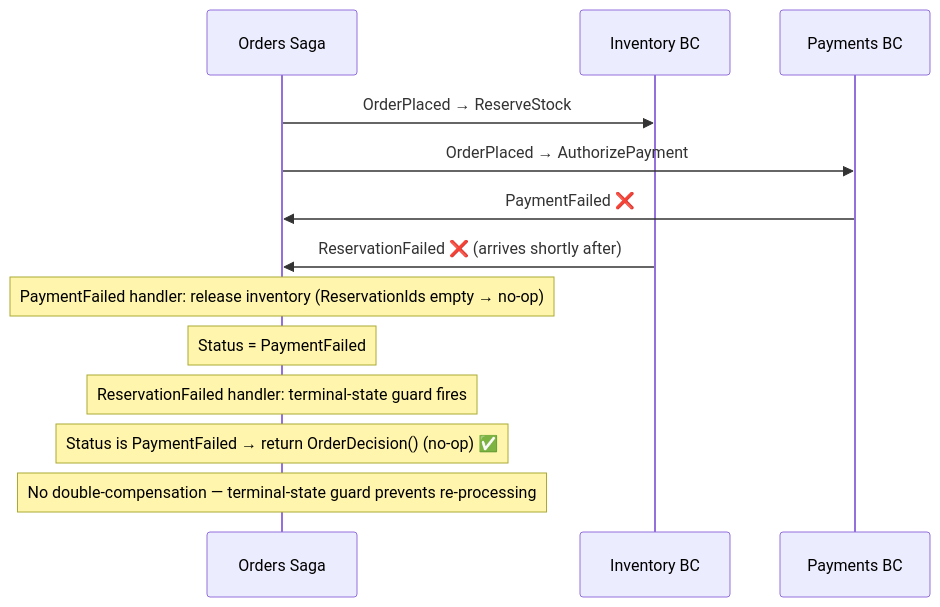
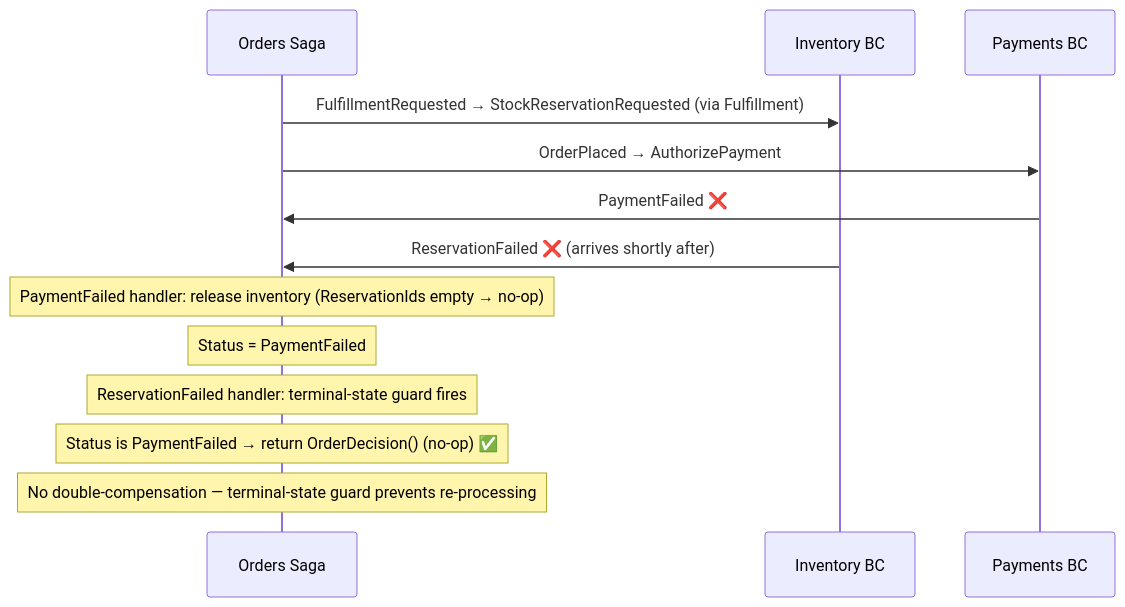
One commit to erikshafer/CritterSupply changed the seventh of 8 diagrams in src/Orders/Orders.Api/README.md. Above: the diagram before and after it, drawn with Mermaid. The commit also changed other lines of this file and 5 other files, not shown here.

````diff
--- a/src/Orders/Orders.Api/README.md
+++ b/src/Orders/Orders.Api/README.md
@@ -327,19 +326,19 @@
 ```mermaid
 sequenceDiagram
     participant Orders as Orders Saga
     participant Inventory as Inventory BC
     participant Payments as Payments BC
 
-    Orders->>Inventory: OrderPlaced → ReserveStock
+    Orders->>Inventory: FulfillmentRequested → StockReservationRequested (via Fulfillment)
     Orders->>Payments: OrderPlaced → AuthorizePayment
 
     Payments->>Orders: PaymentFailed ❌
     Inventory->>Orders: ReservationFailed ❌ (arrives shortly after)
 
     Note over Orders: PaymentFailed handler: release inventory (ReservationIds empty → no-op)
     Note over Orders: Status = PaymentFailed
 
     Note over Orders: ReservationFailed handler: terminal-state guard fires
     Note over Orders: Status is PaymentFailed → return OrderDecision() (no-op) ✅
     Note over Orders: No double-compensation — terminal-state guard prevents re-processing
 ```
````
